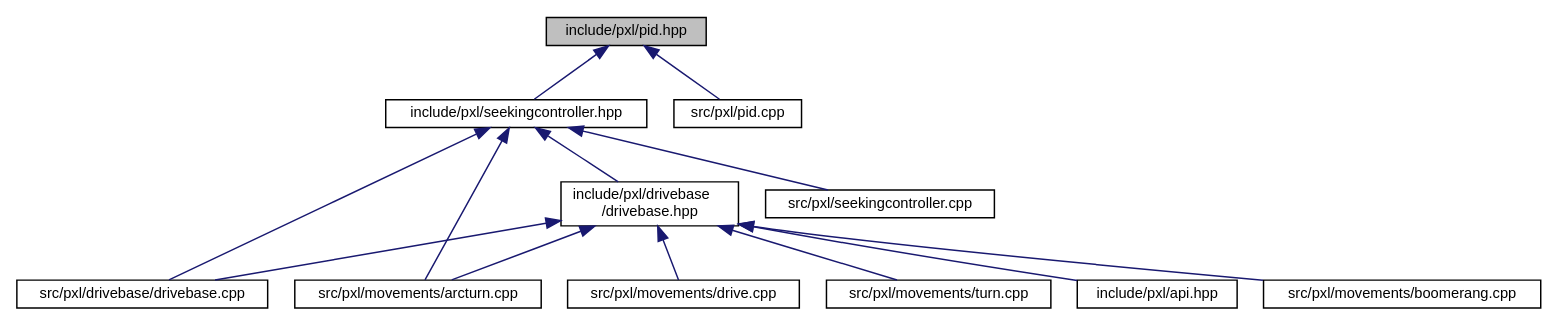
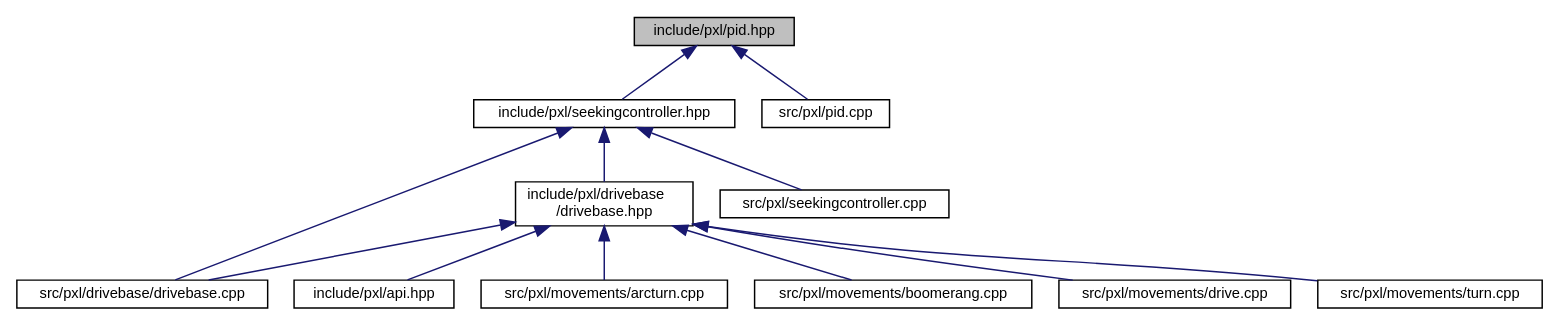
The diagram in pid_8hpp__dep__incl.dot (Pixel-Lib/Pixel), drawn with Graphviz before and after one commit. The commit also changed 132 other files, not shown here.

```diff
--- a/pid_8hpp__dep__incl.dot
+++ b/pid_8hpp__dep__incl.dot
@@ -1,29 +1,28 @@
 digraph "include/pxl/pid.hpp"
 {
  // LATEX_PDF_SIZE
   edge [fontname="Helvetica",fontsize="10",labelfontname="Helvetica",labelfontsize="10"];
   node [fontname="Helvetica",fontsize="10",shape=record];
   Node1 [label="include/pxl/pid.hpp",height=0.2,width=0.4,color="black", fillcolor="grey75", style="filled", fontcolor="black",tooltip=" "];
   Node1 -> Node2 [dir="back",color="midnightblue",fontsize="10",style="solid",fontname="Helvetica"];
   Node2 [label="include/pxl/seekingcontroller.hpp",height=0.2,width=0.4,color="black", fillcolor="white", style="filled",URL="$seekingcontroller_8hpp.html",tooltip=" "];
   Node2 -> Node3 [dir="back",color="midnightblue",fontsize="10",style="solid",fontname="Helvetica"];
   Node3 [label="include/pxl/drivebase\l/drivebase.hpp",height=0.2,width=0.4,color="black", fillcolor="white", style="filled",URL="$drivebase_8hpp.html",tooltip=" "];
   Node3 -> Node4 [dir="back",color="midnightblue",fontsize="10",style="solid",fontname="Helvetica"];
   Node4 [label="include/pxl/api.hpp",height=0.2,width=0.4,color="black", fillcolor="white", style="filled",URL="$api_8hpp.html",tooltip=" "];
   Node3 -> Node5 [dir="back",color="midnightblue",fontsize="10",style="solid",fontname="Helvetica"];
   Node5 [label="src/pxl/drivebase/drivebase.cpp",height=0.2,width=0.4,color="black", fillcolor="white", style="filled",URL="$drivebase_8cpp.html",tooltip=" "];
   Node3 -> Node6 [dir="back",color="midnightblue",fontsize="10",style="solid",fontname="Helvetica"];
   Node6 [label="src/pxl/movements/arcturn.cpp",height=0.2,width=0.4,color="black", fillcolor="white", style="filled",URL="$arcturn_8cpp.html",tooltip=" "];
   Node3 -> Node7 [dir="back",color="midnightblue",fontsize="10",style="solid",fontname="Helvetica"];
   Node7 [label="src/pxl/movements/boomerang.cpp",height=0.2,width=0.4,color="black", fillcolor="white", style="filled",URL="$boomerang_8cpp.html",tooltip=" "];
   Node3 -> Node8 [dir="back",color="midnightblue",fontsize="10",style="solid",fontname="Helvetica"];
   Node8 [label="src/pxl/movements/drive.cpp",height=0.2,width=0.4,color="black", fillcolor="white", style="filled",URL="$drive_8cpp.html",tooltip=" "];
   Node3 -> Node9 [dir="back",color="midnightblue",fontsize="10",style="solid",fontname="Helvetica"];
   Node9 [label="src/pxl/movements/turn.cpp",height=0.2,width=0.4,color="black", fillcolor="white", style="filled",URL="$turn_8cpp.html",tooltip=" "];
   Node2 -> Node5 [dir="back",color="midnightblue",fontsize="10",style="solid",fontname="Helvetica"];
-  Node2 -> Node6 [dir="back",color="midnightblue",fontsize="10",style="solid",fontname="Helvetica"];
   Node2 -> Node10 [dir="back",color="midnightblue",fontsize="10",style="solid",fontname="Helvetica"];
   Node10 [label="src/pxl/seekingcontroller.cpp",height=0.2,width=0.4,color="black", fillcolor="white", style="filled",URL="$seekingcontroller_8cpp.html",tooltip=" "];
   Node1 -> Node11 [dir="back",color="midnightblue",fontsize="10",style="solid",fontname="Helvetica"];
   Node11 [label="src/pxl/pid.cpp",height=0.2,width=0.4,color="black", fillcolor="white", style="filled",URL="$pid_8cpp.html",tooltip=" "];
 }
```
